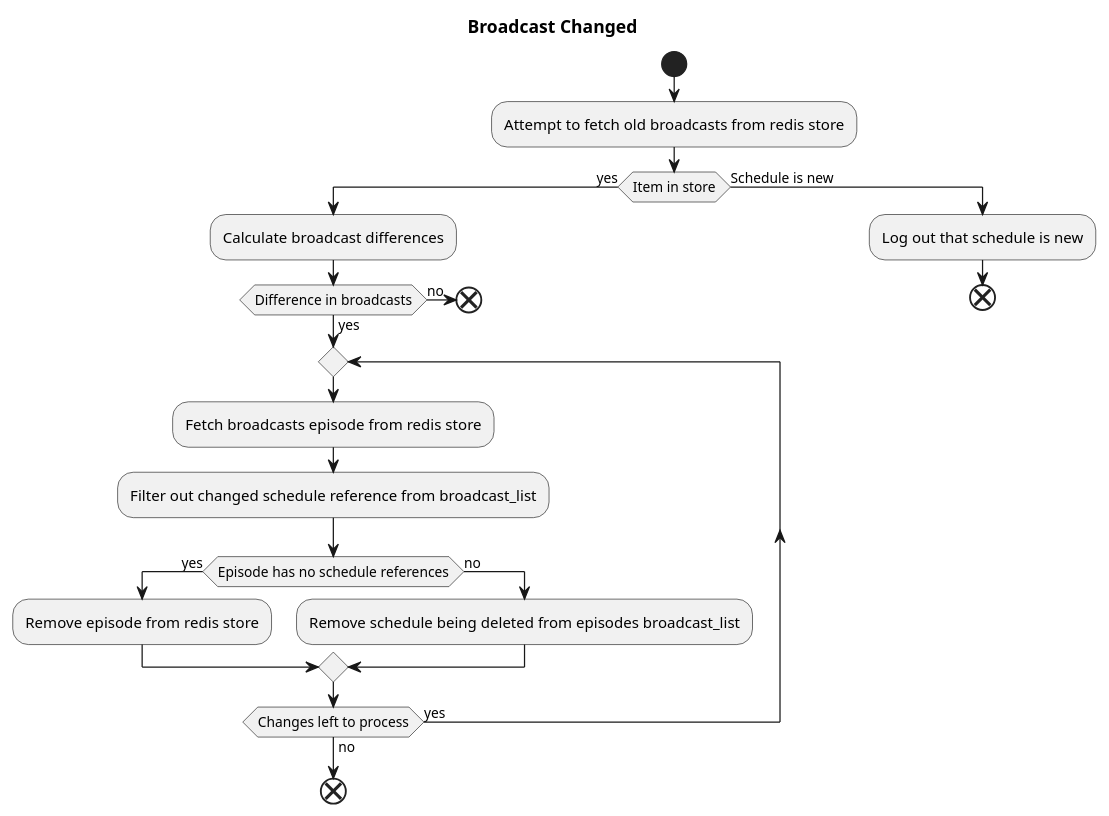
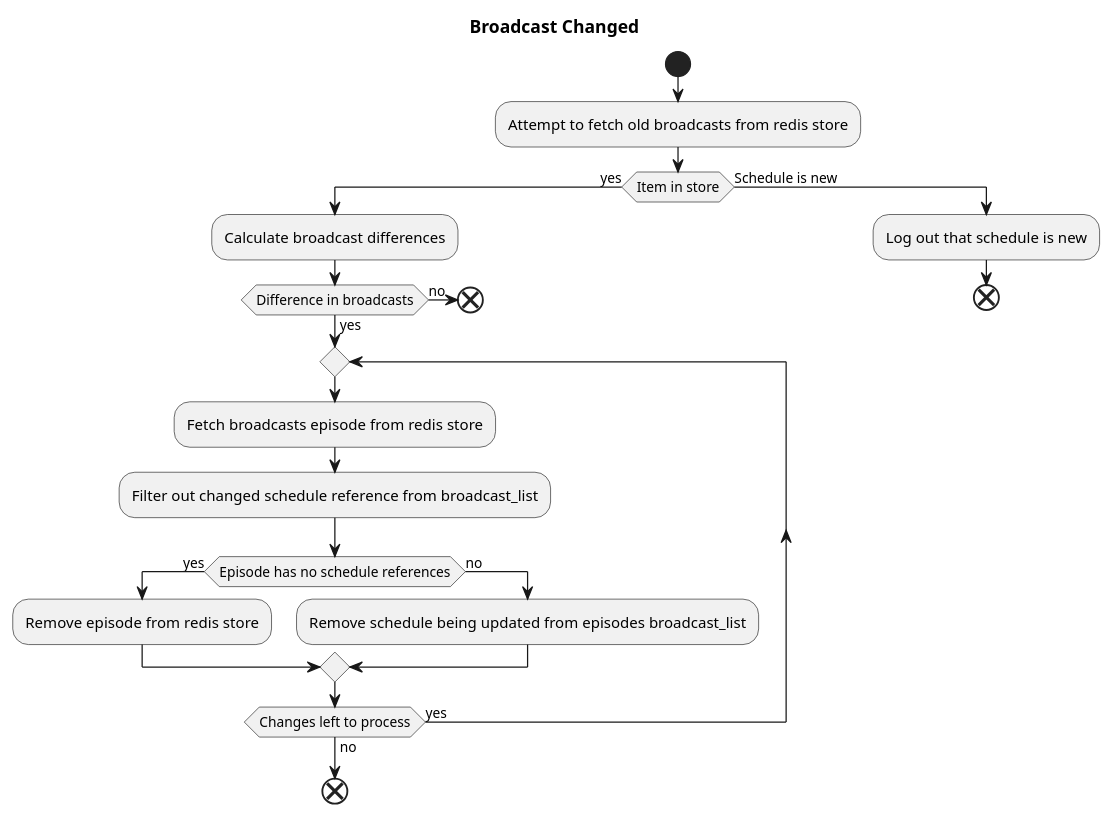
One commit to OMBowkerBBC/DC4400-Report changed the diagram in diagrams/activity/broadcastChanged.puml. Above: the diagram before and after it, drawn with PlantUML. The commit also changed 2 other files, not shown here.

```diff
--- a/diagrams/activity/broadcastChanged.puml
+++ b/diagrams/activity/broadcastChanged.puml
@@ -1,27 +1,27 @@
 @startuml Broadcast Changed
 title Broadcast Changed
 
 start
   :Attempt to fetch old broadcasts from redis store;
   if (Item in store) then (yes)
     :Calculate broadcast differences;
     if (Difference in broadcasts) then (yes)
       repeat
         :Fetch broadcasts episode from redis store;
         :Filter out changed schedule reference from broadcast_list;
         if (Episode has no schedule references) then (yes)
           :Remove episode from redis store;
         else (no)
-          :Remove schedule being deleted from episodes broadcast_list;
+          :Remove schedule being updated from episodes broadcast_list;
         endif
       repeat while (Changes left to process) is (yes) not (no);
       end
     else (no)
       end
     endif
   else (Schedule is new)
     :Log out that schedule is new;
     end
   endif
 
 @enduml
```
